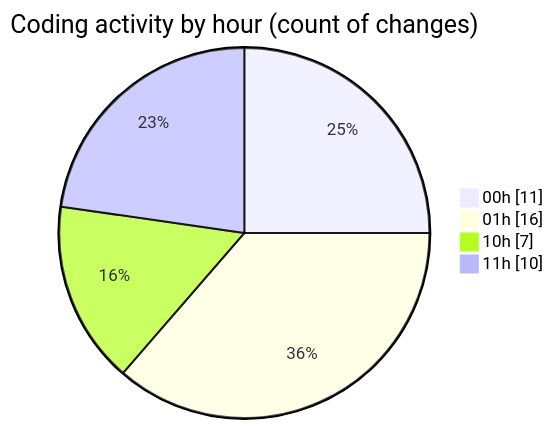
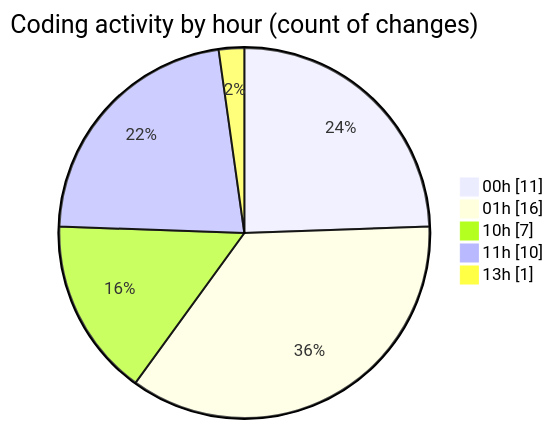
One commit to julien-gomy/code-tracking changed the second of 2 diagrams in 2025-10-11/eventscop-frontend-guide__workspace_/README.md. Above: the diagram before and after it, drawn with Mermaid. The commit also changed other lines of this file and 1 other file, not shown here.

````diff
--- a/2025-10-11/eventscop-frontend-guide__workspace_/README.md
+++ b/2025-10-11/eventscop-frontend-guide__workspace_/README.md
@@ -42,8 +44,9 @@
 ```mermaid
 pie showData
 title Coding activity by hour (count of changes)
 "00h" : 11
 "01h" : 16
 "10h" : 7
 "11h" : 10
+"13h" : 1
 ```
````
